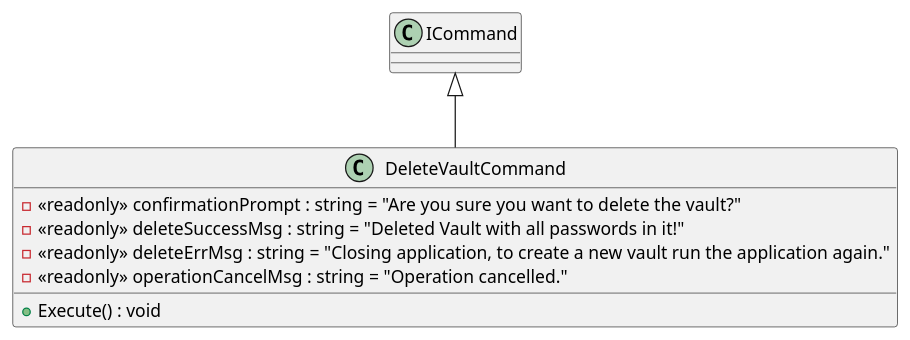
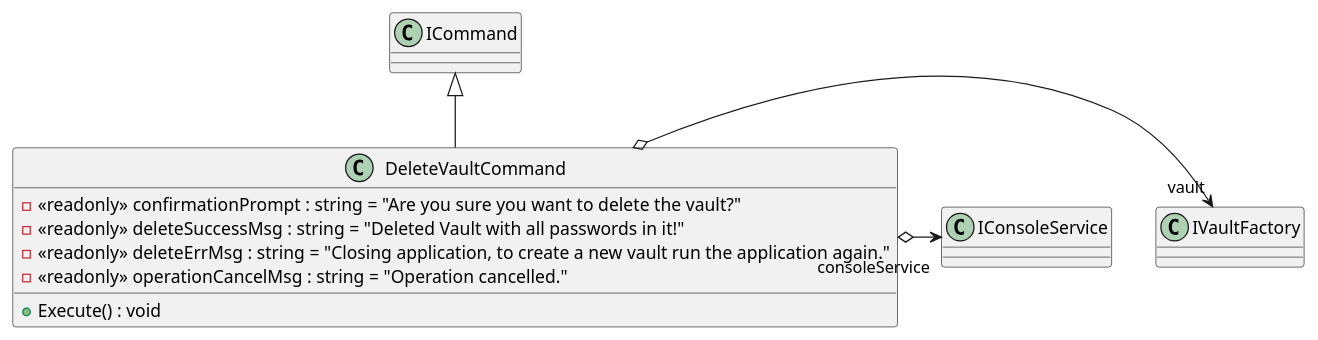
The diagram in uml/src/KeyVaultCli.Application/Vault/Commands/DeleteVault/DeleteVaultCommand.puml (BeierKevin/KeyVaultCLI), drawn with PlantUML before and after one commit. The commit also changed 16 other files, not shown here.

```diff
--- a/uml/src/KeyVaultCli.Application/Vault/Commands/DeleteVault/DeleteVaultCommand.puml
+++ b/uml/src/KeyVaultCli.Application/Vault/Commands/DeleteVault/DeleteVaultCommand.puml
@@ -1,10 +1,12 @@
 @startuml
 class DeleteVaultCommand {
     - <<readonly>> confirmationPrompt : string = "Are you sure you want to delete the vault?"
     - <<readonly>> deleteSuccessMsg : string = "Deleted Vault with all passwords in it!"
     - <<readonly>> deleteErrMsg : string = "Closing application, to create a new vault run the application again."
     - <<readonly>> operationCancelMsg : string = "Operation cancelled."
     + Execute() : void
 }
 ICommand <|-- DeleteVaultCommand
+DeleteVaultCommand o-> "vault" IVaultFactory
+DeleteVaultCommand o-> "consoleService" IConsoleService
 @enduml
```
